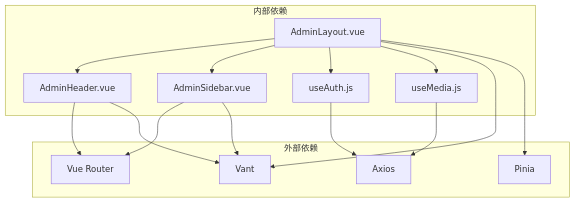
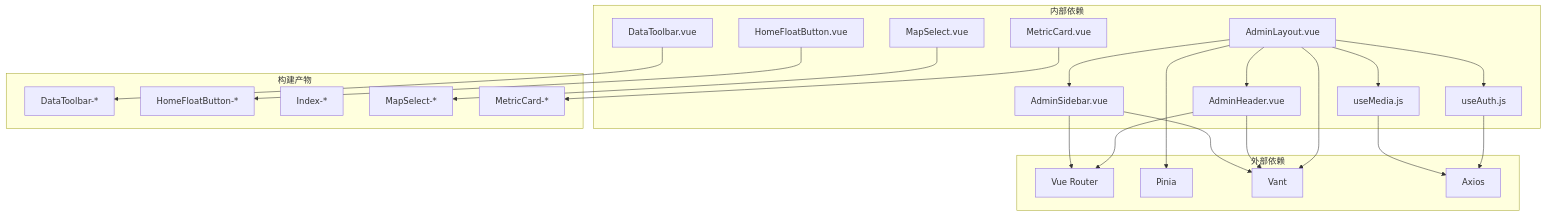
Before and after one commit to Giraffe-Han/microAPP: the ninth of 9 diagrams in .qoder/repowiki/zh/content/前端应用架构/组件架构.md, drawn with Mermaid. The commit also changed other lines of this file and 176 other files, not shown here.

````diff
--- a/.qoder/repowiki/zh/content/前端应用架构/组件架构.md
+++ b/.qoder/repowiki/zh/content/前端应用架构/组件架构.md
@@ -358,28 +489,43 @@
 ```mermaid
 graph TB
 subgraph "内部依赖"
 AL["AdminLayout.vue"]
 AH["AdminHeader.vue"]
 AS["AdminSidebar.vue"]
 UA["useAuth.js"]
 UM["useMedia.js"]
+DT["DataToolbar.vue"]
+MC["MetricCard.vue"]
+HFB["HomeFloatButton.vue"]
+MS["MapSelect.vue"]
 end
 subgraph "外部依赖"
 VR["Vue Router"]
 PN["Pinia"]
 VT["Vant"]
 AX["Axios"]
+end
+subgraph "构建产物"
+BP1["DataToolbar-*"]
+BP2["HomeFloatButton-*"]
+BP3["Index-*"]
+BP4["MapSelect-*"]
+BP5["MetricCard-*"]
 end
 AL --> AH
 AL --> AS
 AH --> VR
 AS --> VR
 AL --> UA
 AL --> UM
 UA --> AX
 UM --> AX
 AL --> VT
 AH --> VT
 AS --> VT
 AL --> PN
+DT --> BP1
+MC --> BP5
+HFB --> BP2
+MS --> BP4
 ```
````
